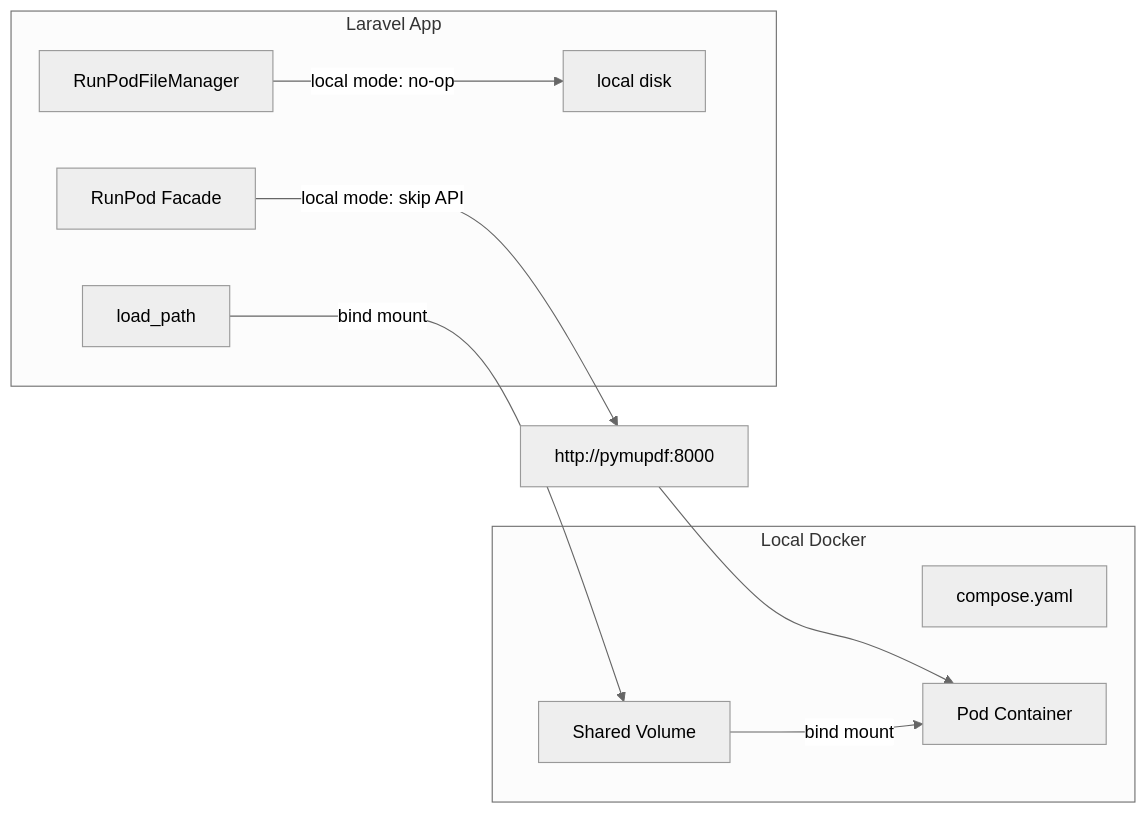
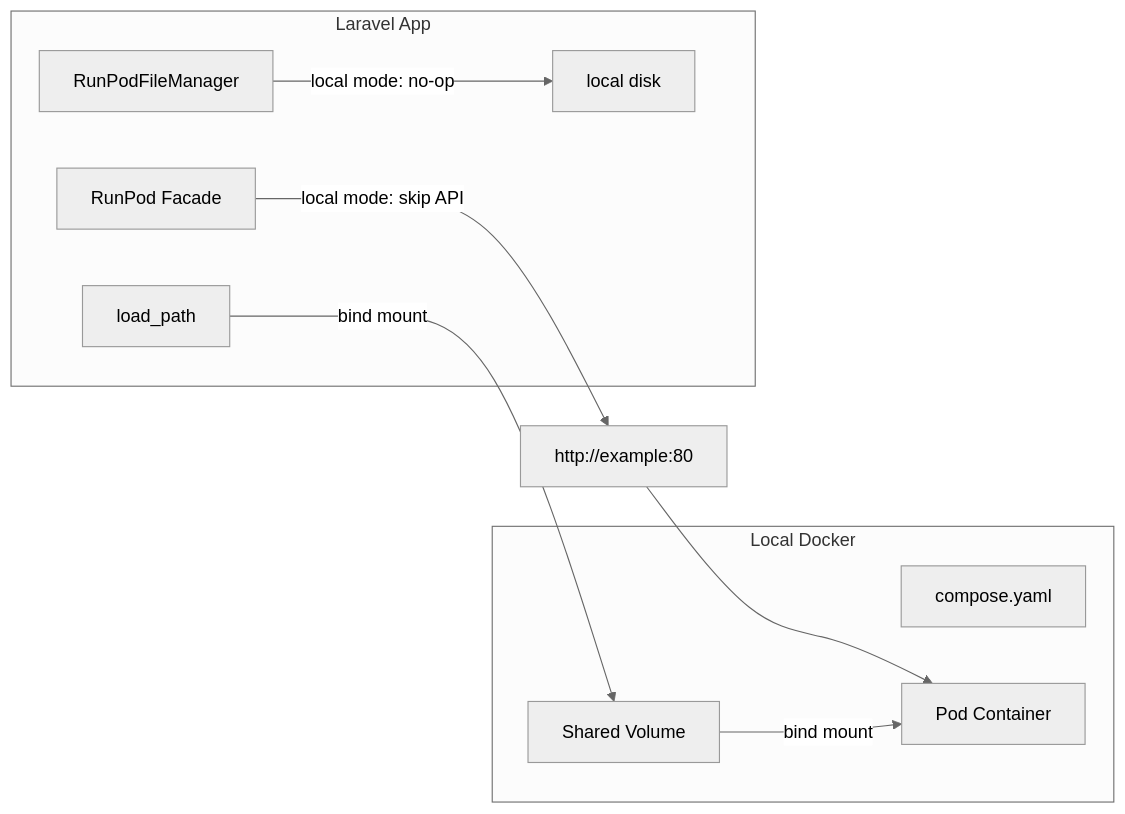
One commit to ChrisThompsonTLDR/laravel-runpod changed the second of 2 diagrams in .cursor/plans/local_docker_mode_refactor_30bfa7d9.plan.md. Above: the diagram before and after it, drawn with Mermaid (neutral theme). The commit also changed other lines of this file and 78 other files, not shown here.

````diff
--- a/.cursor/plans/local_docker_mode_refactor_30bfa7d9.plan.md
+++ b/.cursor/plans/local_docker_mode_refactor_30bfa7d9.plan.md
@@ -47,21 +47,21 @@
 ```mermaid
 flowchart LR
     subgraph Local [Local Docker]
         Compose[compose.yaml]
         PodContainer[Pod Container]
         SharedVolume[Shared Volume]
     end
 
     subgraph App [Laravel App]
         LoadPath[load_path]
         RunPodFacade[RunPod Facade]
         FileManager[RunPodFileManager]
         LocalDisk[local disk]
     end
 
     LoadPath -->|bind mount| SharedVolume
     SharedVolume -->|bind mount| PodContainer
     FileManager -->|local mode: no-op| LocalDisk
     RunPodFacade -->|local mode: skip API| LocalURL
-    LocalURL[http://pymupdf:8000] --> PodContainer
+    LocalURL[http://example:80] --> PodContainer
 ```
````
